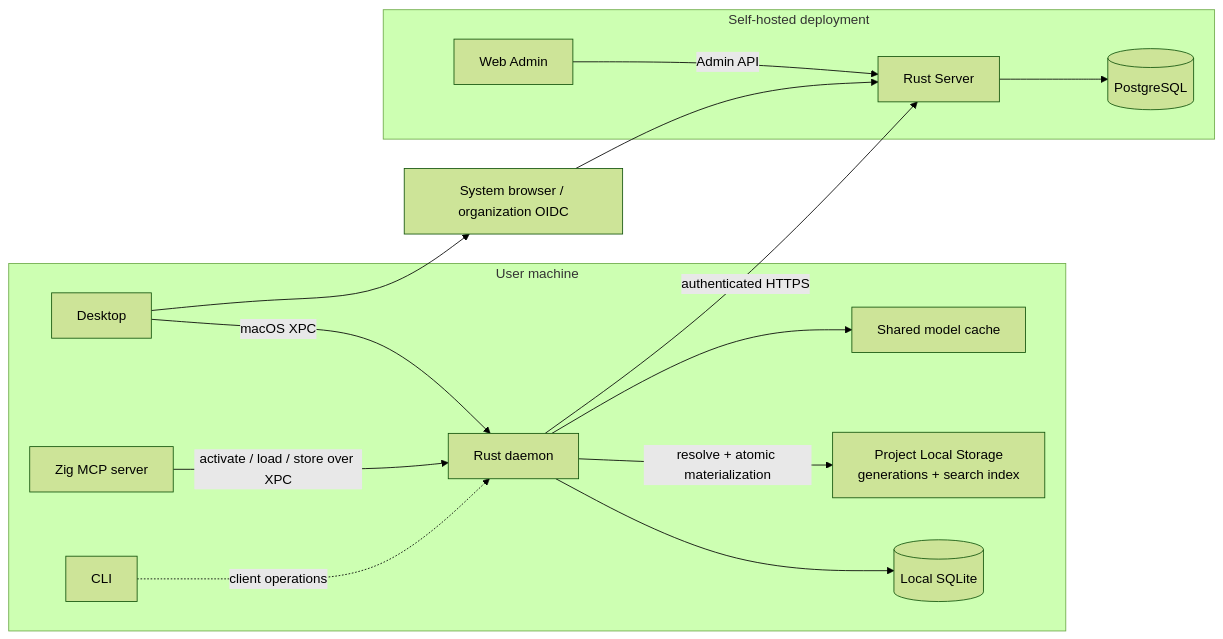
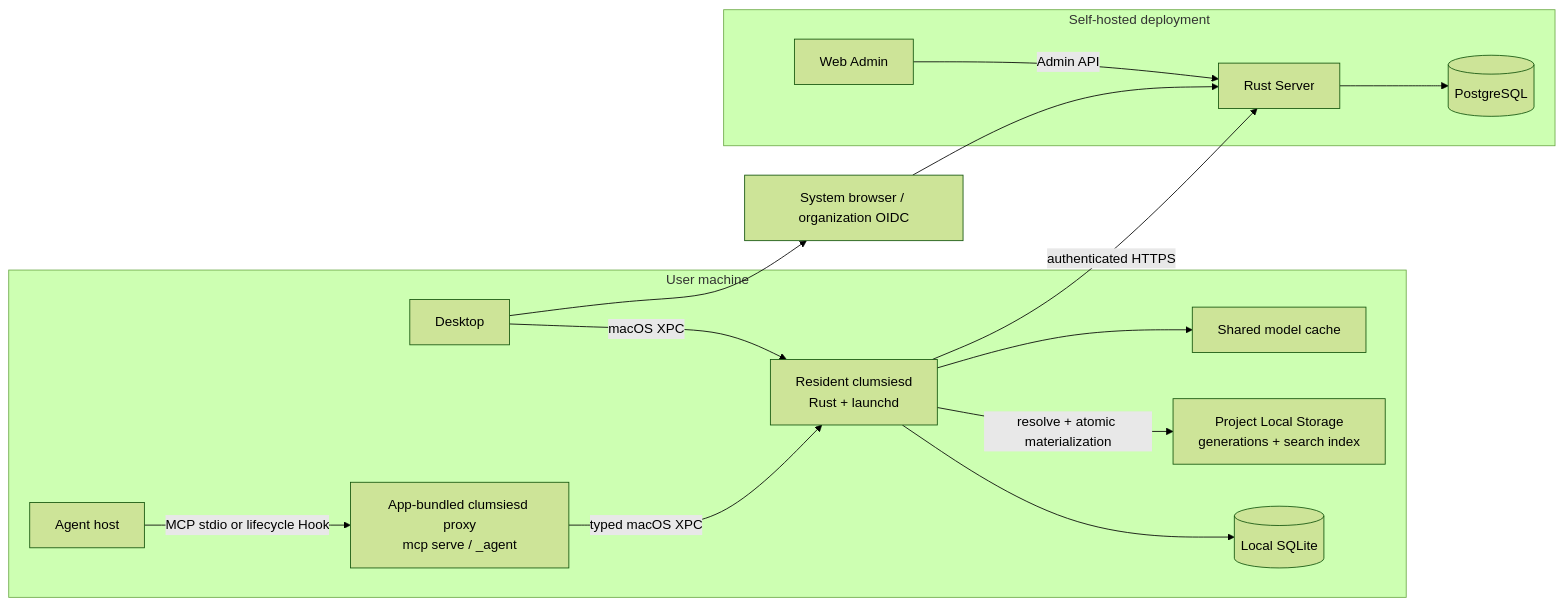
One commit to dylanwangeth/clumsies changed the first of 5 diagrams in docs/architecture.md. Above: the diagram before and after it, drawn with Mermaid (forest theme). The commit also changed other lines of this file and 213 other files, not shown here.

````diff
--- a/docs/architecture.md
+++ b/docs/architecture.md
@@ -5,32 +5,32 @@
 ```mermaid
 flowchart LR
     subgraph Machine["User machine"]
         Desktop["Desktop"]
-        MCP["Zig MCP server"]
-        CLI["CLI"]
-        Daemon["Rust daemon"]
+        Host["Agent host"]
+        Proxy["App-bundled clumsiesd proxy<br/>mcp serve / _agent"]
+        Daemon["Resident clumsiesd<br/>Rust + launchd"]
         LocalDB[("Local SQLite")]
         ProjectStorage["Project Local Storage<br/>generations + search index"]
         Models["Shared model cache"]
     end
 
     subgraph Deployment["Self-hosted deployment"]
         Server["Rust Server"]
         Postgres[("PostgreSQL")]
         Admin["Web Admin"]
     end
 
     Browser["System browser / organization OIDC"]
 
     Desktop -->|"macOS XPC"| Daemon
-    MCP -->|"activate / load / store over XPC"| Daemon
-    CLI -.->|"client operations"| Daemon
+    Host -->|"MCP stdio or lifecycle Hook"| Proxy
+    Proxy -->|"typed macOS XPC"| Daemon
     Daemon --> LocalDB
     Daemon -->|"resolve + atomic materialization"| ProjectStorage
     Daemon --> Models
     Daemon -->|"authenticated HTTPS"| Server
     Desktop --> Browser
     Browser --> Server
     Server --> Postgres
     Admin -->|"Admin API"| Server
 ```
````
